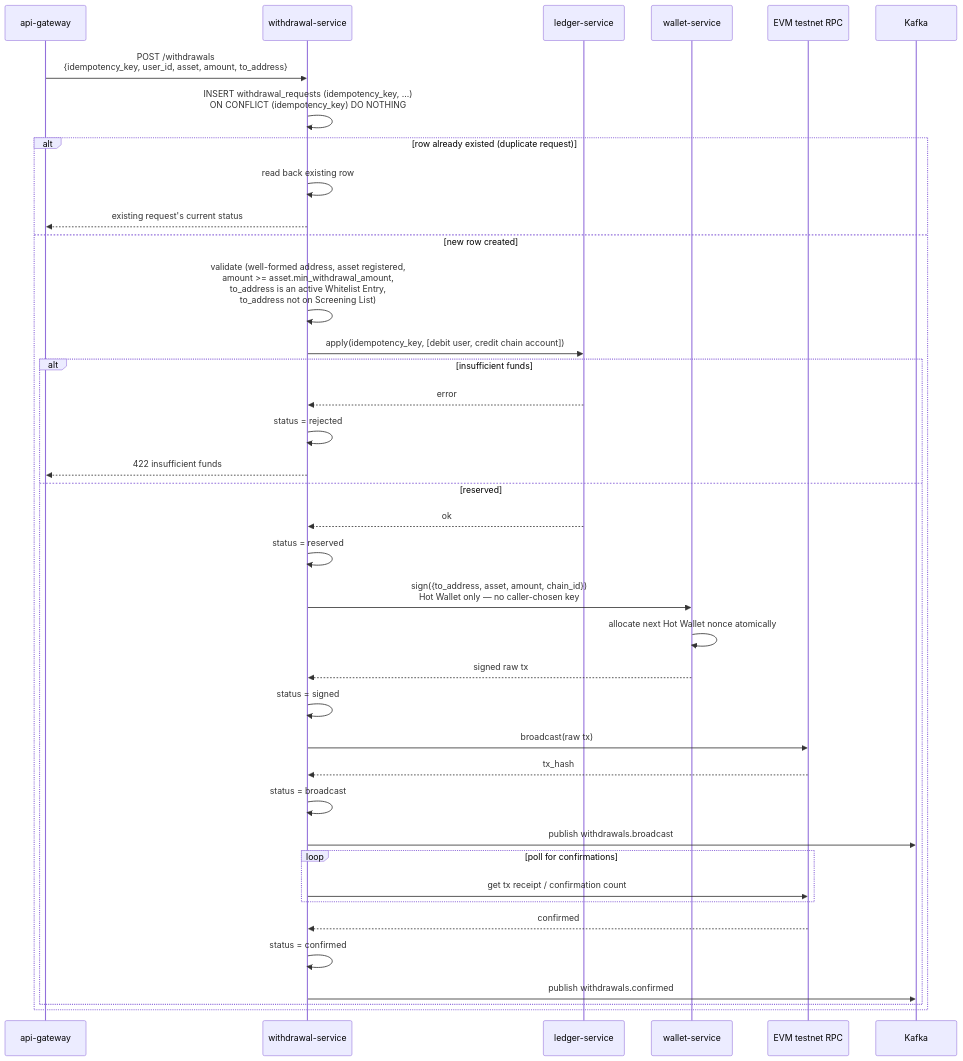
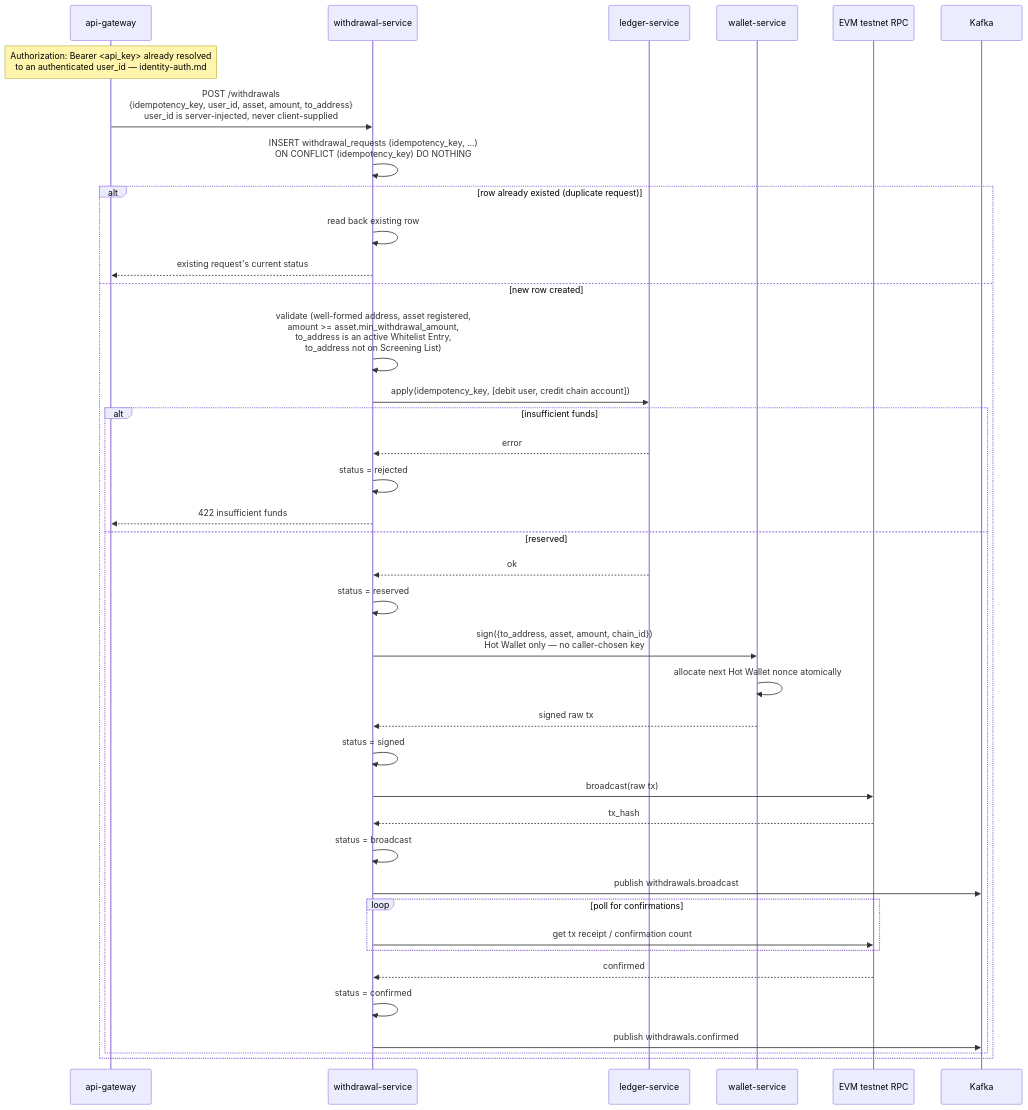
One commit to VuKhuongDuy/DigiWal changed the first of 3 diagrams in docs/design/withdrawal-flow.md. Above: the diagram before and after it, drawn with Mermaid. The commit also changed other lines of this file and 1 other file, not shown here.

````diff
--- a/docs/design/withdrawal-flow.md
+++ b/docs/design/withdrawal-flow.md
@@ -207,41 +213,42 @@
 ```mermaid
 sequenceDiagram
     participant Gateway as api-gateway
     participant WD as withdrawal-service
     participant Ledger as ledger-service
     participant Wallet as wallet-service
     participant RPC as EVM testnet RPC
     participant Kafka
 
-    Gateway->>WD: POST /withdrawals<br/>{idempotency_key, user_id, asset, amount, to_address}
+    Note over Gateway: Authorization: Bearer <api_key> already resolved<br/>to an authenticated user_id — identity-auth.md
+    Gateway->>WD: POST /withdrawals<br/>{idempotency_key, user_id, asset, amount, to_address}<br/>user_id is server-injected, never client-supplied
     WD->>WD: INSERT withdrawal_requests (idempotency_key, ...)<br/>ON CONFLICT (idempotency_key) DO NOTHING
     alt row already existed (duplicate request)
         WD->>WD: read back existing row
         WD-->>Gateway: existing request's current status
     else new row created
         WD->>WD: validate (well-formed address, asset registered,<br/>amount >= asset.min_withdrawal_amount,<br/>to_address is an active Whitelist Entry,<br/>to_address not on Screening List)
         WD->>Ledger: apply(idempotency_key, [debit user, credit chain account])
         alt insufficient funds
             Ledger-->>WD: error
             WD->>WD: status = rejected
             WD-->>Gateway: 422 insufficient funds
         else reserved
             Ledger-->>WD: ok
             WD->>WD: status = reserved
             WD->>Wallet: sign({to_address, asset, amount, chain_id})<br/>Hot Wallet only — no caller-chosen key
             Wallet->>Wallet: allocate next Hot Wallet nonce atomically
             Wallet-->>WD: signed raw tx
             WD->>WD: status = signed
             WD->>RPC: broadcast(raw tx)
             RPC-->>WD: tx_hash
             WD->>WD: status = broadcast
             WD->>Kafka: publish withdrawals.broadcast
             loop poll for confirmations
                 WD->>RPC: get tx receipt / confirmation count
             end
             RPC-->>WD: confirmed
             WD->>WD: status = confirmed
             WD->>Kafka: publish withdrawals.confirmed
         end
     end
 ```
````
